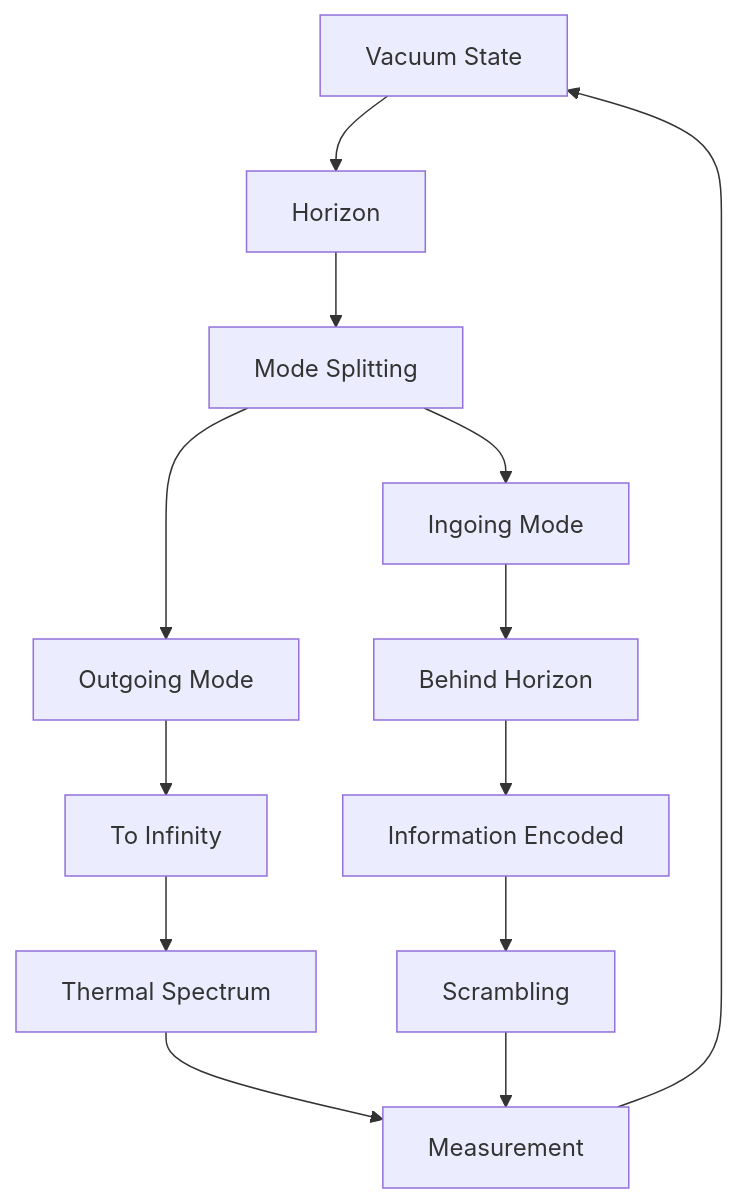
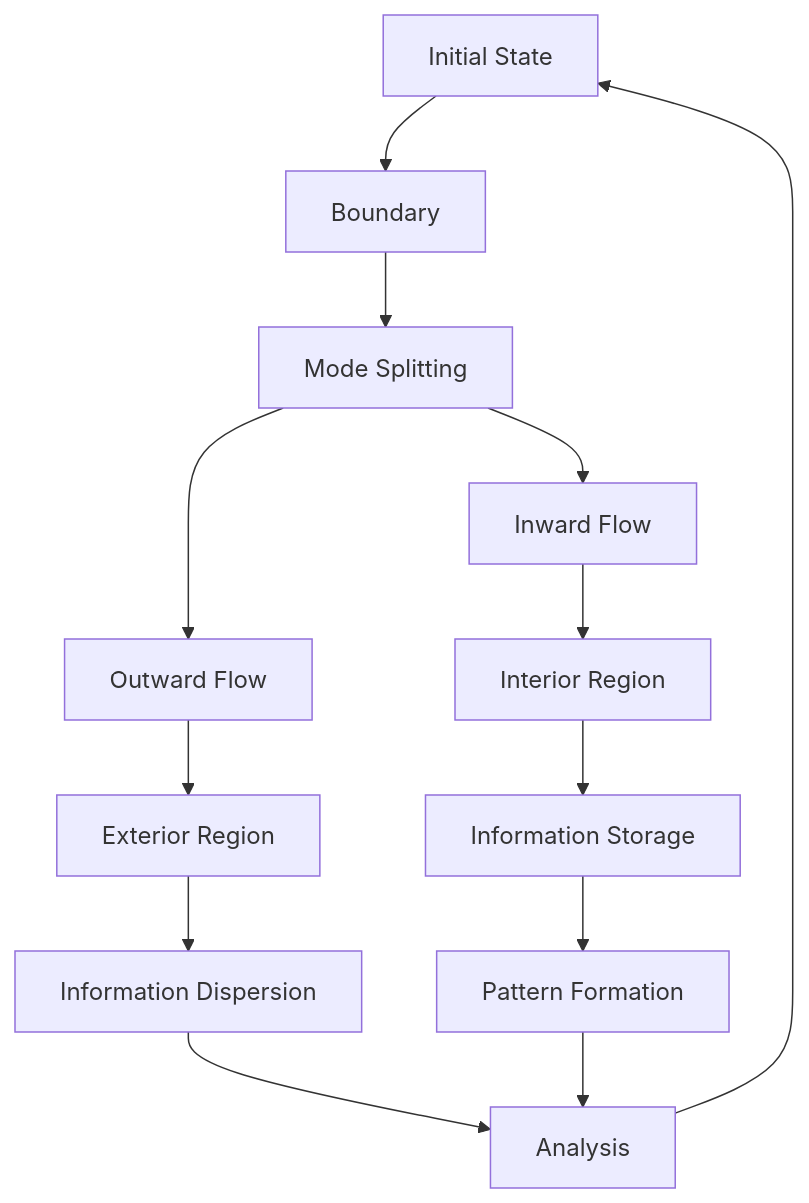
The first of 2 diagrams in docs/psi-structum/book-1-collapse-ontology/part-04-quantum-gravity/chapter-052-hawking-radiation-tunneling.md (loning/the-phys), drawn with Mermaid before and after one commit. The commit also changed other lines of this file and 11 other files, not shown here.

````diff
--- a/docs/psi-structum/book-1-collapse-ontology/part-04-quantum-gravity/chapter-052-hawking-radiation-tunneling.md
+++ b/docs/psi-structum/book-1-collapse-ontology/part-04-quantum-gravity/chapter-052-hawking-radiation-tunneling.md
@@ -74,15 +86,15 @@
 ```mermaid
 graph TD
-    A[Vacuum State] --> B[Horizon]
+    A[Initial State] --> B[Boundary]
     B --> C[Mode Splitting]
-    C --> D[Ingoing Mode]
-    C --> E[Outgoing Mode]
-    D --> F[Behind Horizon]
-    E --> G[To Infinity]
-    F --> H[Information Encoded]
-    G --> I[Thermal Spectrum]
-    H --> J[Scrambling]
-    I --> K[Measurement]
+    C --> D[Inward Flow]
+    C --> E[Outward Flow]
+    D --> F[Interior Region]
+    E --> G[Exterior Region]
+    F --> H[Information Storage]
+    G --> I[Information Dispersion]
+    H --> J[Pattern Formation]
+    I --> K[Analysis]
     J --> K
     K --> A
 ```
````
